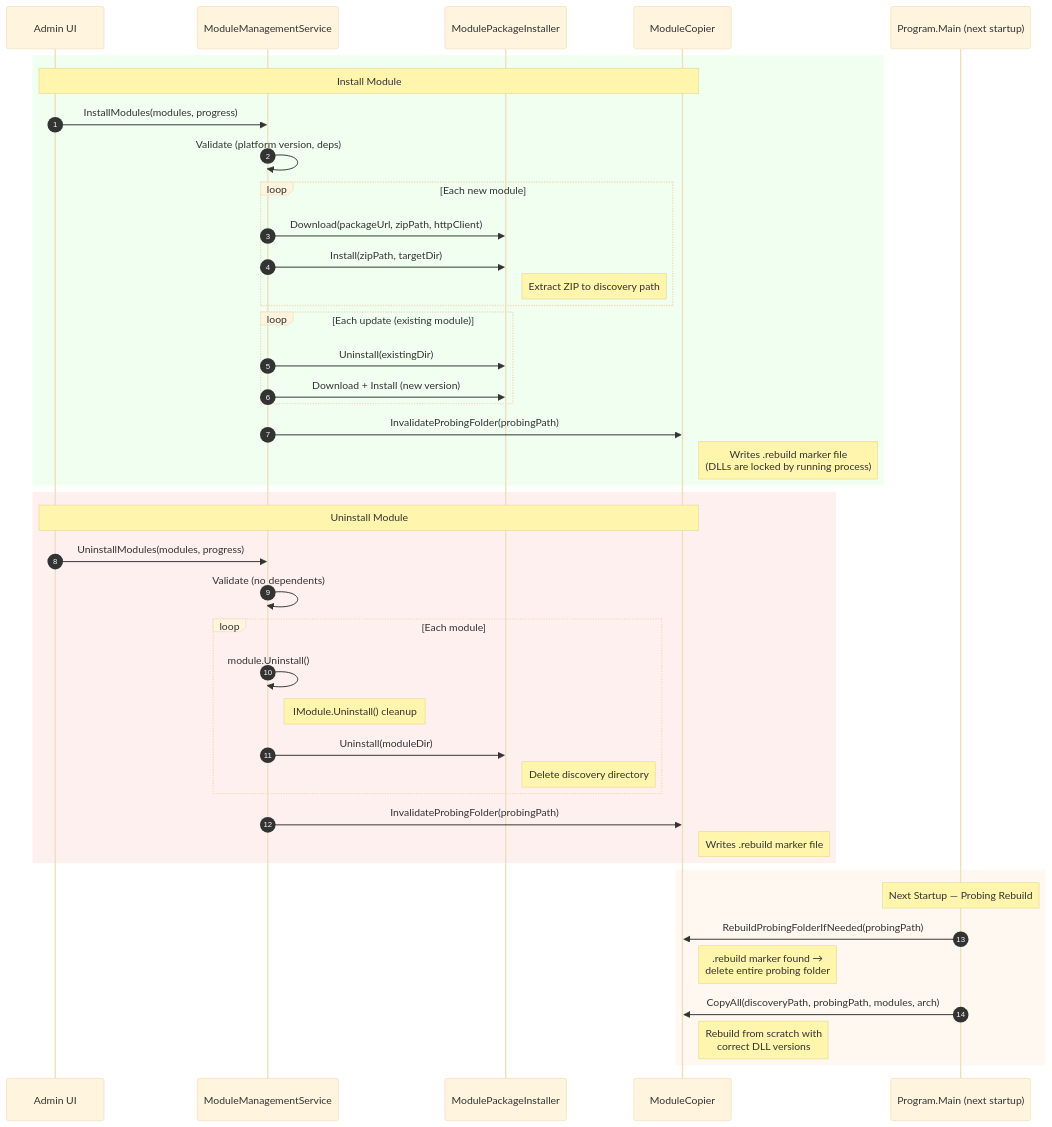
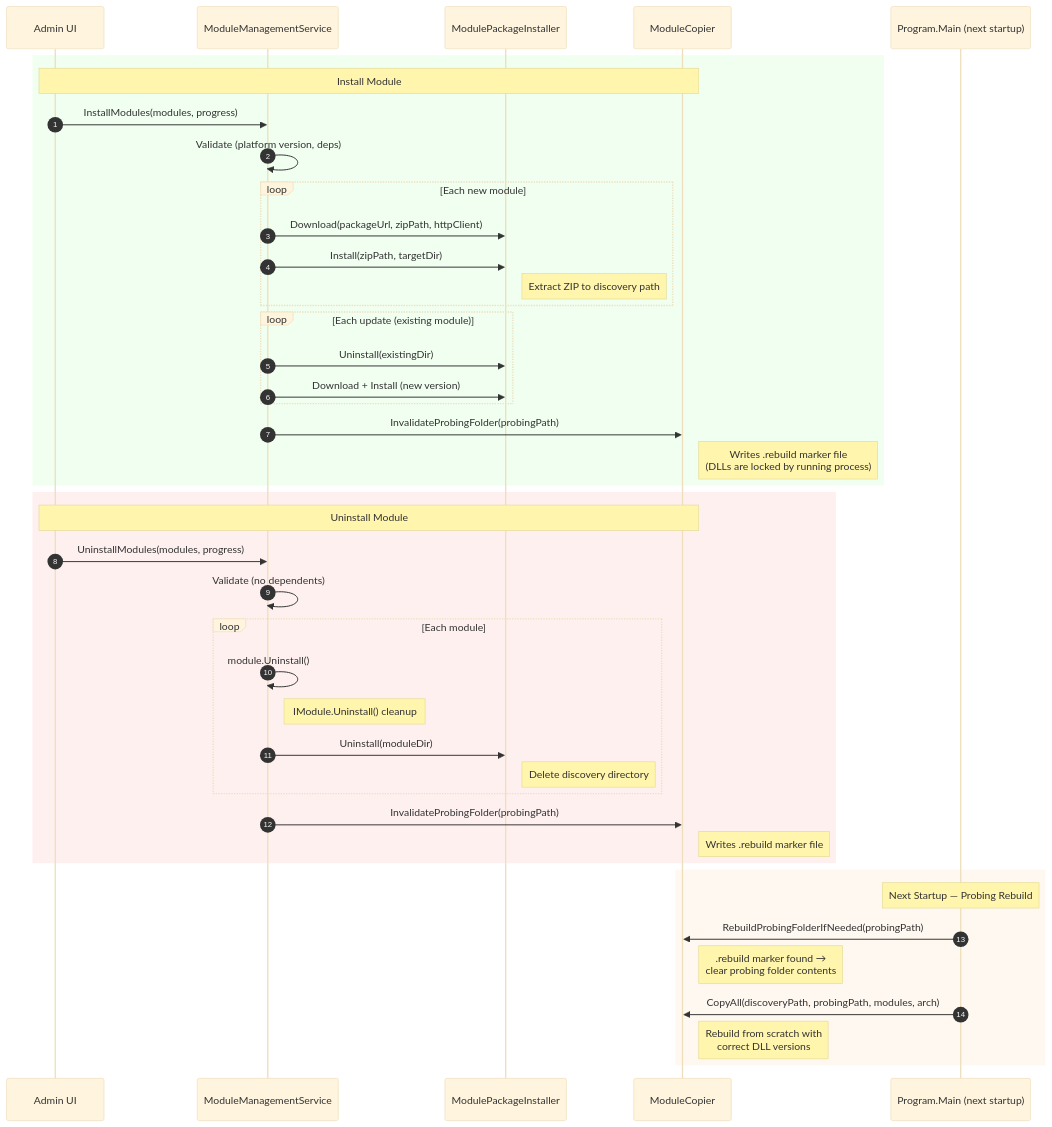
Before and after one commit to VirtoCommerce/vc-platform: the third of 3 diagrams in docs/modularity.md, drawn with Mermaid (base theme). The commit also changed other lines of this file and 2 other files, not shown here.

Commit message:
Delete files and sub folders in probing folder instead of delete folder

````diff
--- a/docs/modularity.md
+++ b/docs/modularity.md
@@ -204,53 +204,53 @@
 ```mermaid
 sequenceDiagram
     autonumber
     participant UI as Admin UI
     participant MMS as ModuleManagementService
     participant MPI as ModulePackageInstaller
     participant MC as ModuleCopier
     participant P as Program.Main (next startup)
 
     rect rgb(240, 255, 240)
     Note over UI,MC: Install Module
     UI->>MMS: InstallModules(modules, progress)
     MMS->>MMS: Validate (platform version, deps)
 
     loop Each new module
         MMS->>MPI: Download(packageUrl, zipPath, httpClient)
         MMS->>MPI: Install(zipPath, targetDir)
         Note right of MPI: Extract ZIP to discovery path
     end
 
     loop Each update (existing module)
         MMS->>MPI: Uninstall(existingDir)
         MMS->>MPI: Download + Install (new version)
     end
 
     MMS->>MC: InvalidateProbingFolder(probingPath)
     Note right of MC: Writes .rebuild marker file<br/>(DLLs are locked by running process)
     end
 
     rect rgb(255, 240, 240)
     Note over UI,MC: Uninstall Module
     UI->>MMS: UninstallModules(modules, progress)
     MMS->>MMS: Validate (no dependents)
 
     loop Each module
         MMS->>MMS: module.Uninstall()
         Note right of MMS: IModule.Uninstall() cleanup
         MMS->>MPI: Uninstall(moduleDir)
         Note right of MPI: Delete discovery directory
     end
 
     MMS->>MC: InvalidateProbingFolder(probingPath)
     Note right of MC: Writes .rebuild marker file
     end
 
     rect rgb(255, 248, 240)
     Note over P: Next Startup — Probing Rebuild
     P->>MC: RebuildProbingFolderIfNeeded(probingPath)
-    Note right of MC: .rebuild marker found →<br/>delete entire probing folder
+    Note right of MC: .rebuild marker found →<br/>clear probing folder contents
     P->>MC: CopyAll(discoveryPath, probingPath, modules, arch)
     Note right of MC: Rebuild from scratch with<br/>correct DLL versions
     end
 ```
````
